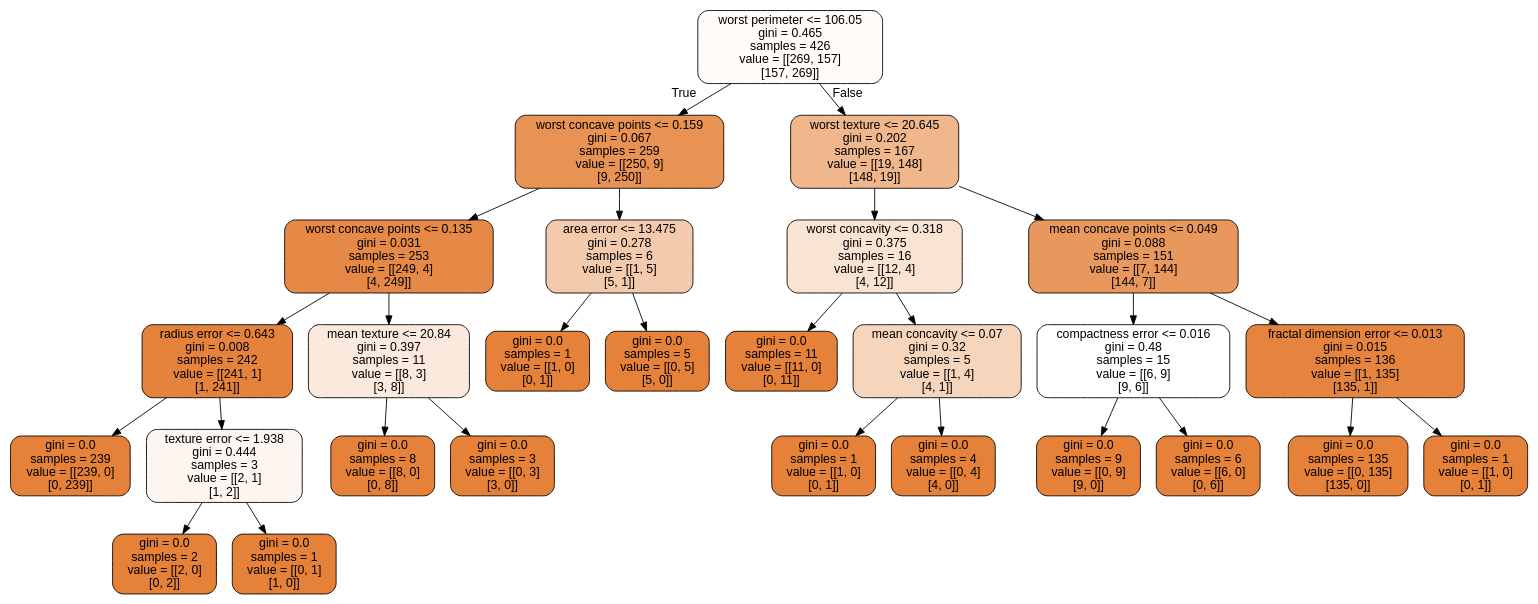
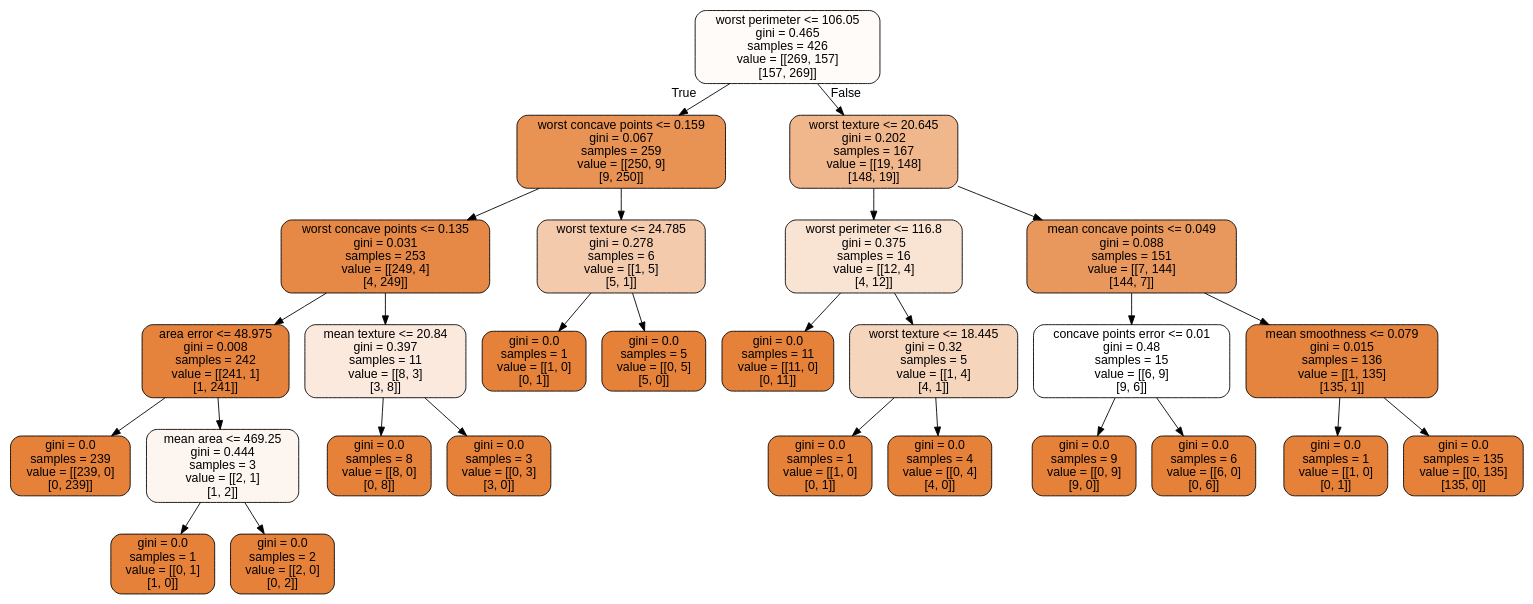
One commit to CompPhysics/MachineLearning changed the diagram in doc/pub/DecisionTrees/ipynb/DataFiles/cancer.dot. Above: the diagram before and after it, drawn with Graphviz. The commit also changed 19 other files, not shown here.

```diff
--- a/doc/pub/DecisionTrees/ipynb/DataFiles/cancer.dot
+++ b/doc/pub/DecisionTrees/ipynb/DataFiles/cancer.dot
@@ -1,57 +1,57 @@
 digraph Tree {
 node [shape=box, style="filled, rounded", color="black", fontname=helvetica] ;
 edge [fontname=helvetica] ;
 0 [label="worst perimeter <= 106.05\ngini = 0.465\nsamples = 426\nvalue = [[269, 157]\n[157, 269]]", fillcolor="#e5813908"] ;
 1 [label="worst concave points <= 0.159\ngini = 0.067\nsamples = 259\nvalue = [[250, 9]\n[9, 250]]", fillcolor="#e58139db"] ;
 0 -> 1 [labeldistance=2.5, labelangle=45, headlabel="True"] ;
 2 [label="worst concave points <= 0.135\ngini = 0.031\nsamples = 253\nvalue = [[249, 4]\n[4, 249]]", fillcolor="#e58139ee"] ;
 1 -> 2 ;
-3 [label="radius error <= 0.643\ngini = 0.008\nsamples = 242\nvalue = [[241, 1]\n[1, 241]]", fillcolor="#e58139fb"] ;
+3 [label="area error <= 48.975\ngini = 0.008\nsamples = 242\nvalue = [[241, 1]\n[1, 241]]", fillcolor="#e58139fb"] ;
 2 -> 3 ;
 4 [label="gini = 0.0\nsamples = 239\nvalue = [[239, 0]\n[0, 239]]", fillcolor="#e58139ff"] ;
 3 -> 4 ;
-5 [label="texture error <= 1.938\ngini = 0.444\nsamples = 3\nvalue = [[2, 1]\n[1, 2]]", fillcolor="#e5813913"] ;
+5 [label="mean area <= 469.25\ngini = 0.444\nsamples = 3\nvalue = [[2, 1]\n[1, 2]]", fillcolor="#e5813913"] ;
 3 -> 5 ;
-6 [label="gini = 0.0\nsamples = 2\nvalue = [[2, 0]\n[0, 2]]", fillcolor="#e58139ff"] ;
+6 [label="gini = 0.0\nsamples = 1\nvalue = [[0, 1]\n[1, 0]]", fillcolor="#e58139ff"] ;
 5 -> 6 ;
-7 [label="gini = 0.0\nsamples = 1\nvalue = [[0, 1]\n[1, 0]]", fillcolor="#e58139ff"] ;
+7 [label="gini = 0.0\nsamples = 2\nvalue = [[2, 0]\n[0, 2]]", fillcolor="#e58139ff"] ;
 5 -> 7 ;
 8 [label="mean texture <= 20.84\ngini = 0.397\nsamples = 11\nvalue = [[8, 3]\n[3, 8]]", fillcolor="#e581392c"] ;
 2 -> 8 ;
 9 [label="gini = 0.0\nsamples = 8\nvalue = [[8, 0]\n[0, 8]]", fillcolor="#e58139ff"] ;
 8 -> 9 ;
 10 [label="gini = 0.0\nsamples = 3\nvalue = [[0, 3]\n[3, 0]]", fillcolor="#e58139ff"] ;
 8 -> 10 ;
-11 [label="area error <= 13.475\ngini = 0.278\nsamples = 6\nvalue = [[1, 5]\n[5, 1]]", fillcolor="#e581396b"] ;
+11 [label="worst texture <= 24.785\ngini = 0.278\nsamples = 6\nvalue = [[1, 5]\n[5, 1]]", fillcolor="#e581396b"] ;
 1 -> 11 ;
 12 [label="gini = 0.0\nsamples = 1\nvalue = [[1, 0]\n[0, 1]]", fillcolor="#e58139ff"] ;
 11 -> 12 ;
 13 [label="gini = 0.0\nsamples = 5\nvalue = [[0, 5]\n[5, 0]]", fillcolor="#e58139ff"] ;
 11 -> 13 ;
 14 [label="worst texture <= 20.645\ngini = 0.202\nsamples = 167\nvalue = [[19, 148]\n[148, 19]]", fillcolor="#e5813994"] ;
 0 -> 14 [labeldistance=2.5, labelangle=-45, headlabel="False"] ;
-15 [label="worst concavity <= 0.318\ngini = 0.375\nsamples = 16\nvalue = [[12, 4]\n[4, 12]]", fillcolor="#e5813938"] ;
+15 [label="worst perimeter <= 116.8\ngini = 0.375\nsamples = 16\nvalue = [[12, 4]\n[4, 12]]", fillcolor="#e5813938"] ;
 14 -> 15 ;
 16 [label="gini = 0.0\nsamples = 11\nvalue = [[11, 0]\n[0, 11]]", fillcolor="#e58139ff"] ;
 15 -> 16 ;
-17 [label="mean concavity <= 0.07\ngini = 0.32\nsamples = 5\nvalue = [[1, 4]\n[4, 1]]", fillcolor="#e5813955"] ;
+17 [label="worst texture <= 18.445\ngini = 0.32\nsamples = 5\nvalue = [[1, 4]\n[4, 1]]", fillcolor="#e5813955"] ;
 15 -> 17 ;
 18 [label="gini = 0.0\nsamples = 1\nvalue = [[1, 0]\n[0, 1]]", fillcolor="#e58139ff"] ;
 17 -> 18 ;
 19 [label="gini = 0.0\nsamples = 4\nvalue = [[0, 4]\n[4, 0]]", fillcolor="#e58139ff"] ;
 17 -> 19 ;
 20 [label="mean concave points <= 0.049\ngini = 0.088\nsamples = 151\nvalue = [[7, 144]\n[144, 7]]", fillcolor="#e58139d0"] ;
 14 -> 20 ;
-21 [label="compactness error <= 0.016\ngini = 0.48\nsamples = 15\nvalue = [[6, 9]\n[9, 6]]", fillcolor="#e5813900"] ;
+21 [label="concave points error <= 0.01\ngini = 0.48\nsamples = 15\nvalue = [[6, 9]\n[9, 6]]", fillcolor="#e5813900"] ;
 20 -> 21 ;
 22 [label="gini = 0.0\nsamples = 9\nvalue = [[0, 9]\n[9, 0]]", fillcolor="#e58139ff"] ;
 21 -> 22 ;
 23 [label="gini = 0.0\nsamples = 6\nvalue = [[6, 0]\n[0, 6]]", fillcolor="#e58139ff"] ;
 21 -> 23 ;
-24 [label="fractal dimension error <= 0.013\ngini = 0.015\nsamples = 136\nvalue = [[1, 135]\n[135, 1]]", fillcolor="#e58139f7"] ;
+24 [label="mean smoothness <= 0.079\ngini = 0.015\nsamples = 136\nvalue = [[1, 135]\n[135, 1]]", fillcolor="#e58139f7"] ;
 20 -> 24 ;
-25 [label="gini = 0.0\nsamples = 135\nvalue = [[0, 135]\n[135, 0]]", fillcolor="#e58139ff"] ;
+25 [label="gini = 0.0\nsamples = 1\nvalue = [[1, 0]\n[0, 1]]", fillcolor="#e58139ff"] ;
 24 -> 25 ;
-26 [label="gini = 0.0\nsamples = 1\nvalue = [[1, 0]\n[0, 1]]", fillcolor="#e58139ff"] ;
+26 [label="gini = 0.0\nsamples = 135\nvalue = [[0, 135]\n[135, 0]]", fillcolor="#e58139ff"] ;
 24 -> 26 ;
 }
```
